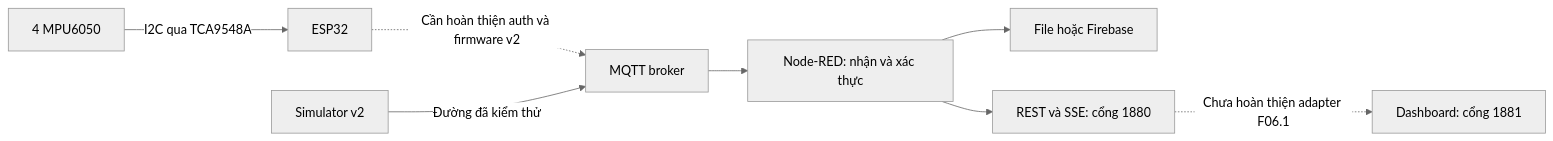
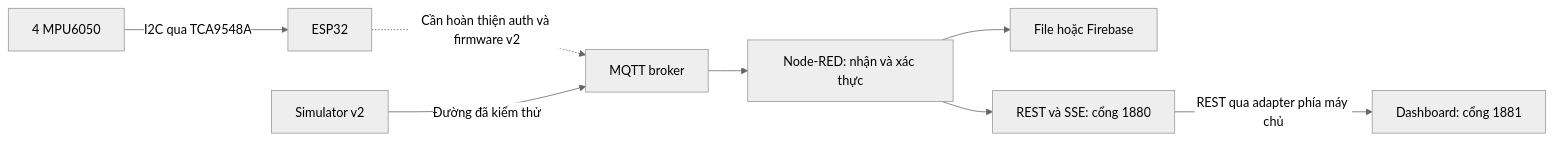
The diagram in README.md (torusama/IoT_KhoGaMixi), drawn with Mermaid (neutral theme) before and after one commit. The commit also changed other lines of this file and 23 other files, not shown here.

````diff
--- a/README.md
+++ b/README.md
@@ -21,10 +21,10 @@
 ```mermaid
 flowchart LR
     Sensors[4 MPU6050] -->|I2C qua TCA9548A| Device[ESP32]
     Device -.->|Cần hoàn thiện auth và firmware v2| Broker[MQTT broker]
     Simulator[Simulator v2] -->|Đường đã kiểm thử| Broker
     Broker --> Receiver[Node-RED: nhận và xác thực]
     Receiver --> Store[File hoặc Firebase]
     Receiver --> API[REST và SSE: cổng 1880]
-    API -.->|Chưa hoàn thiện adapter F06.1| Dashboard[Dashboard: cổng 1881]
+    API -->|REST qua adapter phía máy chủ| Dashboard[Dashboard: cổng 1881]
 ```
````
